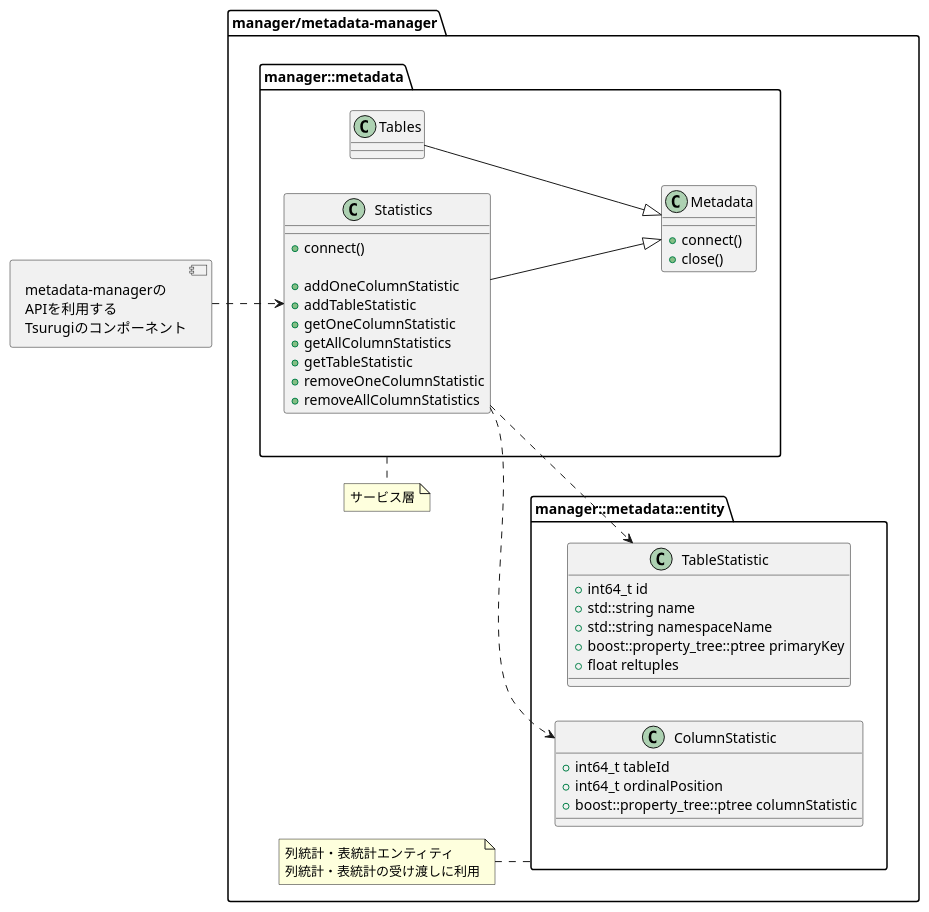
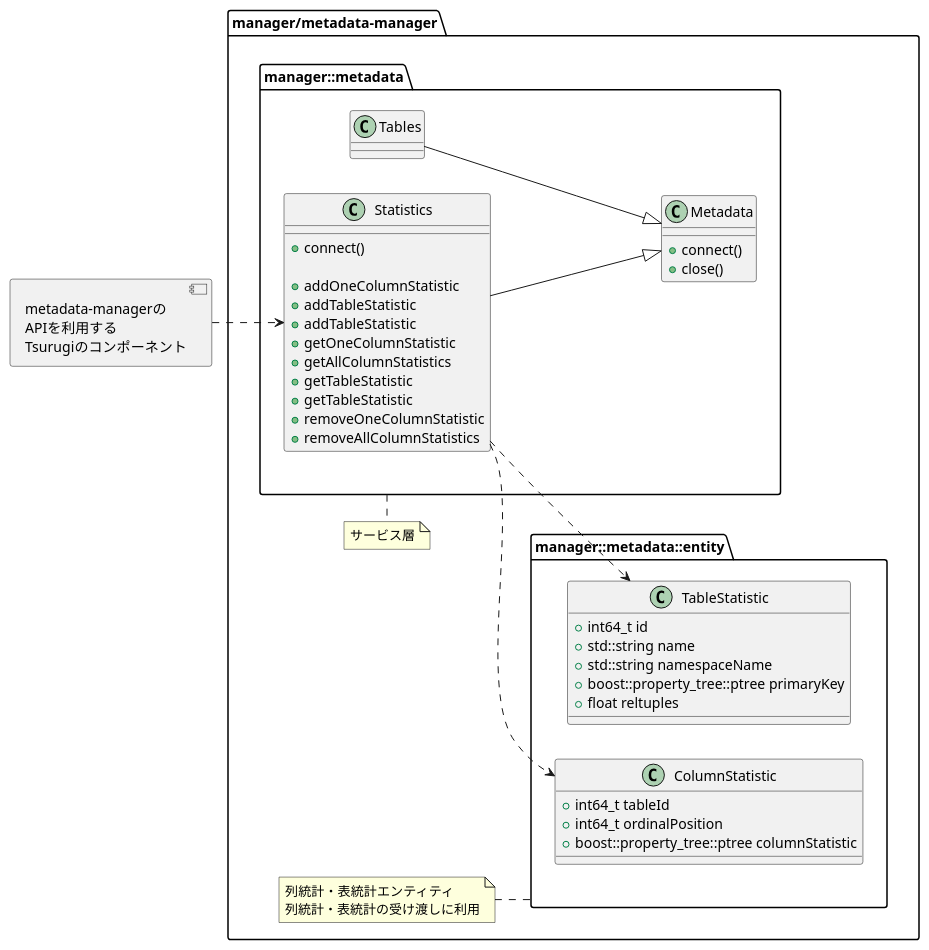
The first of 7 diagrams in metadata-manager/docs/statistic/02.FD/uml/ClassDiagram_detail.pu (project-tsurugi/metadata-manager), drawn with PlantUML before and after one commit. The commit also changed other lines of this file and 10 other files, not shown here.

Commit message:
Add API to get/update table statistics

```diff
--- a/metadata-manager/docs/statistic/02.FD/uml/ClassDiagram_detail.pu
+++ b/metadata-manager/docs/statistic/02.FD/uml/ClassDiagram_detail.pu
@@ -1,64 +1,66 @@
 @startuml ClassDiagram_overview
 left to right direction
 allowmixing
 
 package "manager/metadata-manager" {
 
   package manager::metadata as manager_metadata{
     class "Metadata" as Metadata {
       {method}+connect()
       {method}+close()
     }
 
     class Statistics {
       {method}+connect()
       {method}
       {method}+addOneColumnStatistic
       {method}+addTableStatistic
+      {method}+addTableStatistic
       {method}+getOneColumnStatistic
       {method}+getAllColumnStatistics
+      {method}+getTableStatistic
       {method}+getTableStatistic
       {method}+removeOneColumnStatistic
       {method}+removeAllColumnStatistics
     }
     
     class Tables {
       
     }
     
   }
     
     package manager::metadata::entity as entity{
       class TableStatistic {
         {field}+int64_t id
         {field}+std::string name
         {field}+std::string namespaceName
         {field}+boost::property_tree::ptree primaryKey
         {field}+float reltuples
       }
       
       class ColumnStatistic {
         {field}+int64_t tableId
         {field}+int64_t ordinalPosition
         {field}+boost::property_tree::ptree columnStatistic
       }
     }
 
   Statistics --|> Metadata
   Tables --|> Metadata
   Statistics ..> TableStatistic
   Statistics ..> ColumnStatistic
   
   note bottom of manager_metadata
   サービス層
   end note
   
   note left of entity
   列統計・表統計エンティティ
   列統計・表統計の受け渡しに利用
   end note
 }
 
 component "metadata-managerの\nAPIを利用する\nTsurugiのコンポーネント" as other_components 
 other_components ..> Statistics
 @enduml
```
